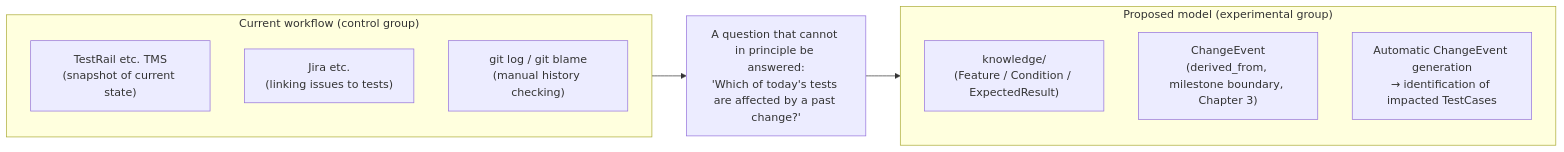
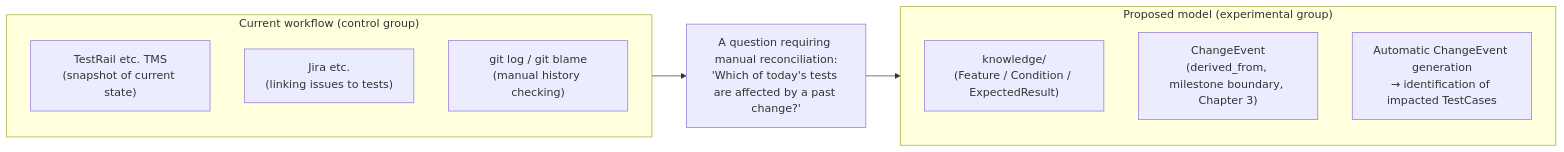
One commit to markharness/markharness changed the first of 6 diagrams in docs/en/git-native-model-for-test-knowledge-management.md. Above: the diagram before and after it, drawn with Mermaid. The commit also changed other lines of this file and 1 other file, not shown here.

````diff
--- a/docs/en/git-native-model-for-test-knowledge-management.md
+++ b/docs/en/git-native-model-for-test-knowledge-management.md
@@ -41,17 +41,17 @@
 ```mermaid
 flowchart LR
   subgraph BEFORE["Current workflow (control group)"]
     direction TB
     B1["TestRail etc. TMS\n(snapshot of current state)"]
     B2["Jira etc.\n(linking issues to tests)"]
     B3["git log / git blame\n(manual history checking)"]
   end
-  GAP["A question that cannot in principle be answered:\n'Which of today's tests are affected by a past change?'"]
+  GAP["A question requiring manual reconciliation:\n'Which of today's tests are affected by a past change?'"]
   subgraph AFTER["Proposed model (experimental group)"]
     direction TB
     A1["knowledge/\n(Feature / Condition / ExpectedResult)"]
     A2["ChangeEvent\n(derived_from, milestone boundary, Chapter 3)"]
     A3["Automatic ChangeEvent generation\n→ identification of impacted TestCases"]
   end
   BEFORE --> GAP --> AFTER
 ```
````
